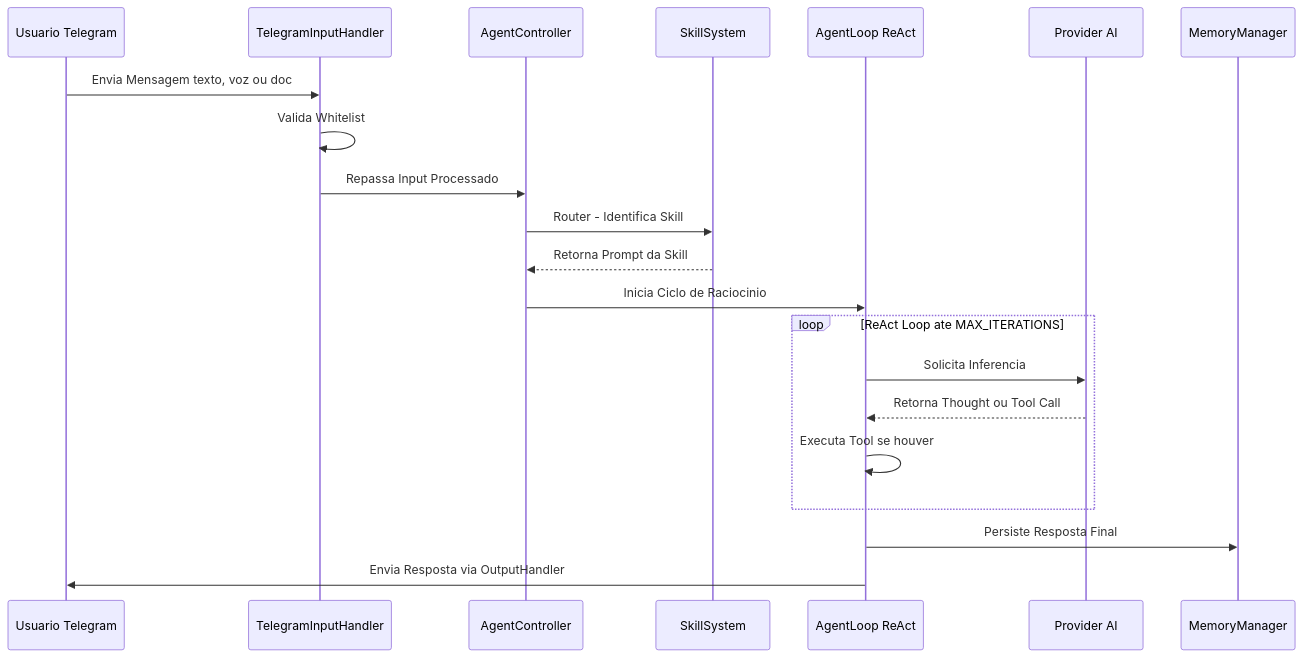
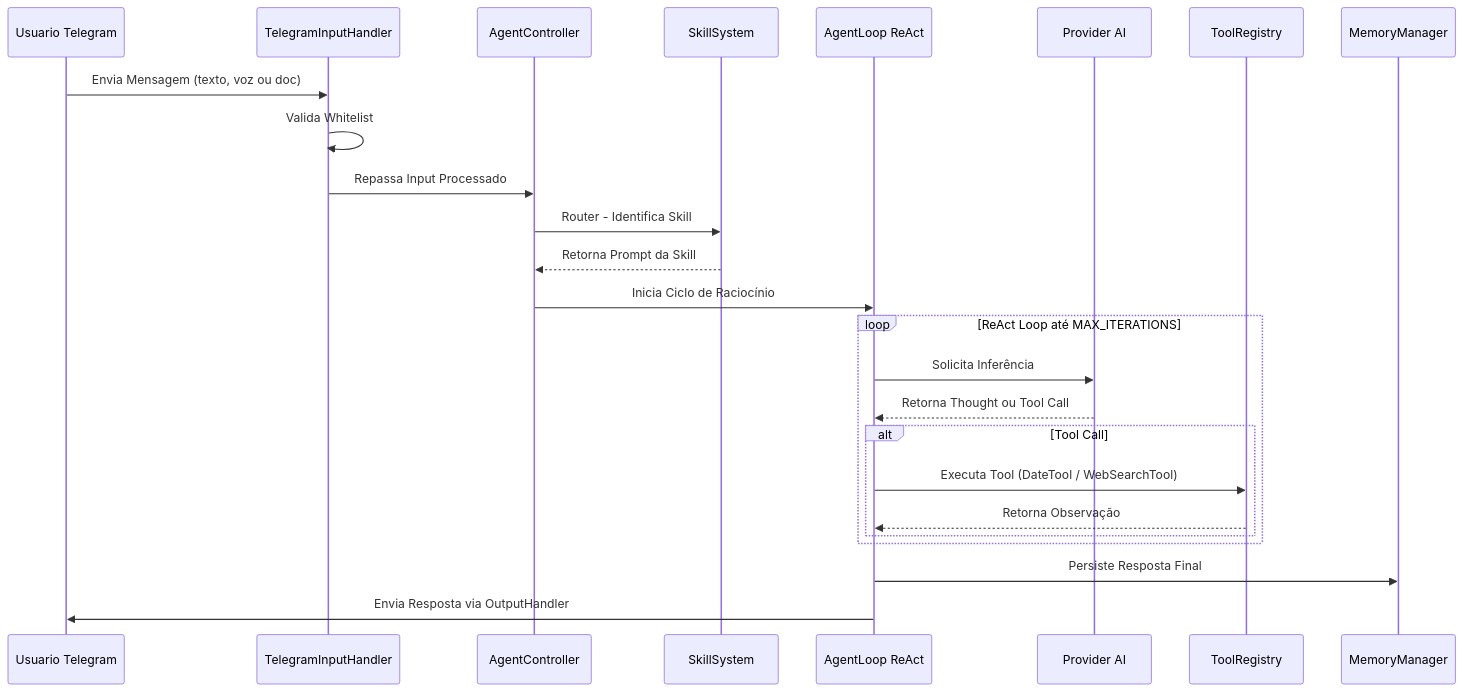
Before and after one commit to Adriano1976/Agente_AdriClaw_Antigrevity: the third of 3 diagrams in README.md, drawn with Mermaid. The commit also changed other lines of this file and 1 other file, not shown here.

````diff
--- a/README.md
+++ b/README.md
@@ -122,24 +135,28 @@
 ```mermaid
 sequenceDiagram
     participant U as Usuario Telegram
     participant I as TelegramInputHandler
     participant C as AgentController
     participant S as SkillSystem
     participant L as AgentLoop ReAct
     participant LLM as Provider AI
+    participant T as ToolRegistry
     participant M as MemoryManager
 
-    U->>I: Envia Mensagem texto, voz ou doc
+    U->>I: Envia Mensagem (texto, voz ou doc)
     I->>I: Valida Whitelist
     I->>C: Repassa Input Processado
     C->>S: Router - Identifica Skill
     S-->>C: Retorna Prompt da Skill
-    C->>L: Inicia Ciclo de Raciocinio
-    loop ReAct Loop ate MAX_ITERATIONS
-        L->>LLM: Solicita Inferencia
+    C->>L: Inicia Ciclo de Raciocínio
+    loop ReAct Loop até MAX_ITERATIONS
+        L->>LLM: Solicita Inferência
         LLM-->>L: Retorna Thought ou Tool Call
-        L->>L: Executa Tool se houver
+        alt Tool Call
+            L->>T: Executa Tool (DateTool / WebSearchTool)
+            T-->>L: Retorna Observação
+        end
     end
     L->>M: Persiste Resposta Final
     L->>U: Envia Resposta via OutputHandler
 ```
````
